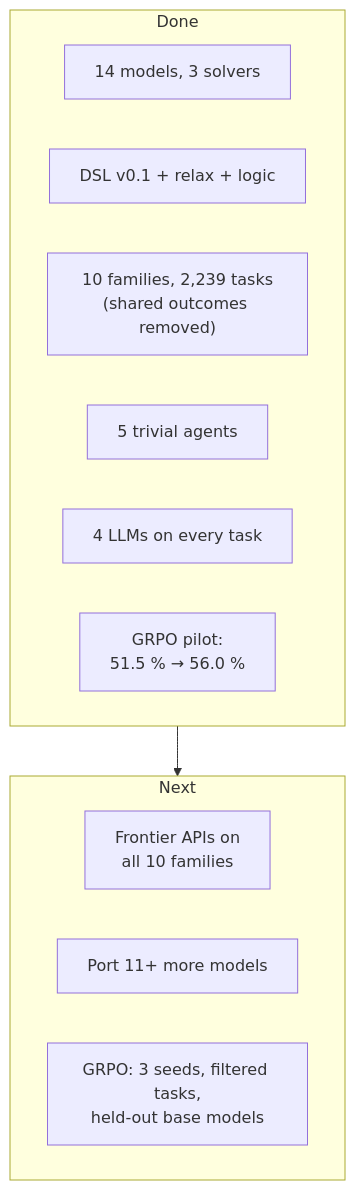
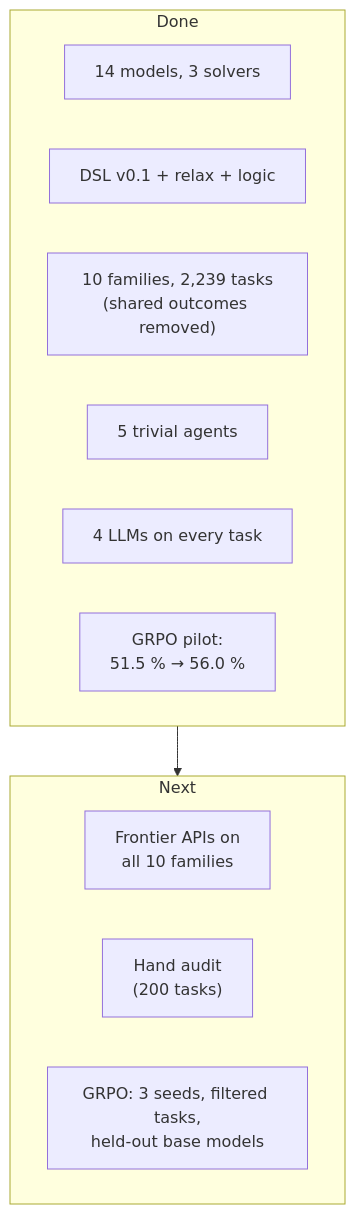
One commit to aptgetnitin/whatifgym changed diagram 12 of 12 in README.md. Above: the diagram before and after it, drawn with Mermaid. The commit also changed other lines of this file and 103 other files, not shown here.

First line of the commit message:
Five more base models (25 in all, 3,761 tasks)

````diff
--- a/README.md
+++ b/README.md
@@ -674,19 +684,19 @@
 ```mermaid
 flowchart TB
     subgraph D["Done"]
         direction LR
         D1["14 models, 3 solvers"]
         D2["DSL v0.1 + relax + logic"]
         D3["10 families, 2,239 tasks<br/>(shared outcomes removed)"]
         D4["5 trivial agents"]
         D5["4 LLMs on every task"]
         D6["GRPO pilot:<br/>51.5 % → 56.0 %"]
     end
     subgraph X["Next"]
         direction LR
         X1["Frontier APIs on<br/>all 10 families"]
-        X4["Port 11+ more models"]
+        X4["Hand audit<br/>(200 tasks)"]
         X5["GRPO: 3 seeds, filtered tasks,<br/>held-out base models"]
     end
     D --> X
 ```
````
